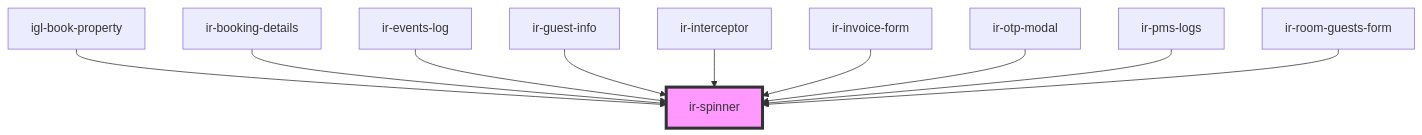
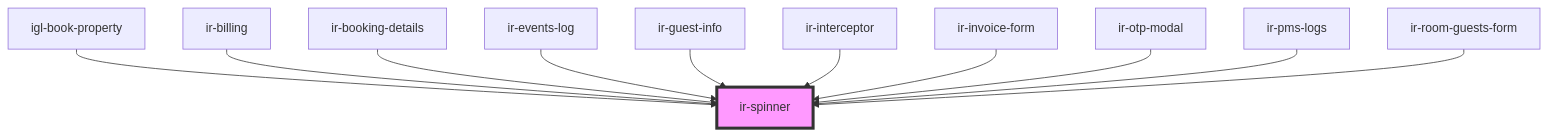
One commit to David1Chowaifaty/modified-ir-webcmp changed the diagram in src/components/ui/ir-spinner/readme.md. Above: the diagram before and after it, drawn with Mermaid. The commit also changed other lines of this file and 26 other files, not shown here.

````diff
--- a/src/components/ui/ir-spinner/readme.md
+++ b/src/components/ui/ir-spinner/readme.md
@@ -33,13 +34,14 @@
 ```mermaid
 graph TD;
   igl-book-property --> ir-spinner
+  ir-billing --> ir-spinner
   ir-booking-details --> ir-spinner
   ir-events-log --> ir-spinner
   ir-guest-info --> ir-spinner
   ir-interceptor --> ir-spinner
   ir-invoice-form --> ir-spinner
   ir-otp-modal --> ir-spinner
   ir-pms-logs --> ir-spinner
   ir-room-guests-form --> ir-spinner
   style ir-spinner fill:#f9f,stroke:#333,stroke-width:4px
 ```
````
